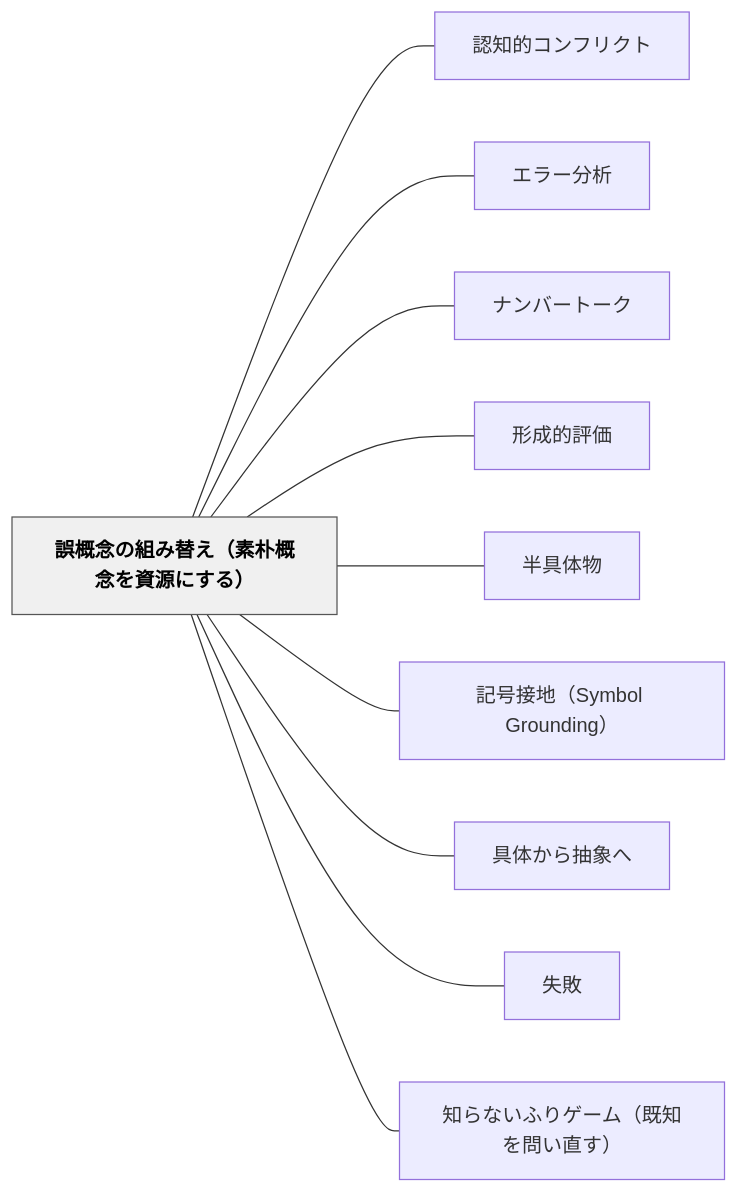
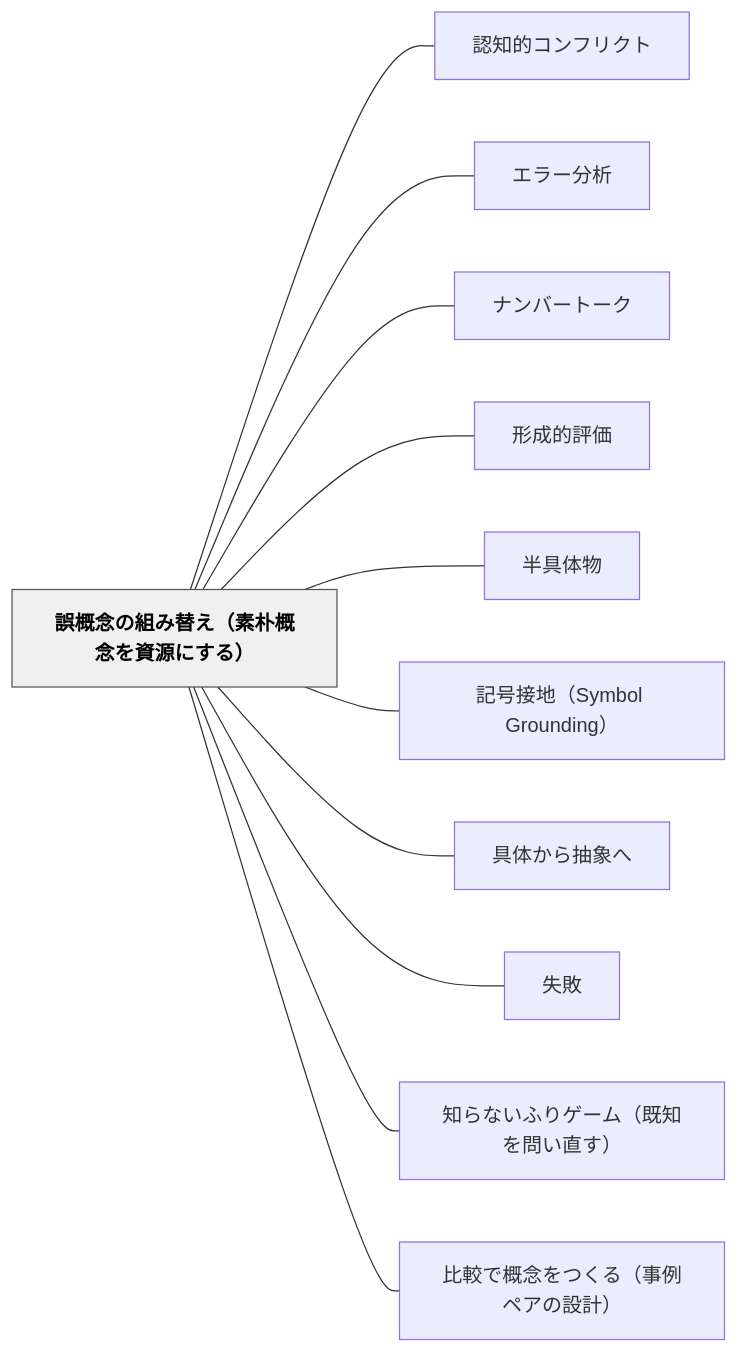
The diagram in content/パタン/誤概念の組み替え（素朴概念を資源にする）.md (unknownthings-ed-patterns/unknownthings-ed-patterns), drawn with Mermaid before and after one commit. The commit also changed other lines of this file and 2 other files, not shown here.

Commit message:
auto: Obsidianから同期 2026-06-13 03:12

````diff
--- a/content/パタン/誤概念の組み替え（素朴概念を資源にする）.md
+++ b/content/パタン/誤概念の組み替え（素朴概念を資源にする）.md
@@ -133,26 +134,28 @@
 ```mermaid
 flowchart LR
     ne8aaa4e6a682e5bfb5e381aee7b584e381bfe69bbfe38188efbc88e7b4a0e69cb4e6a682e5bfb5e38292e8b387e6ba90e381abe38199e3828befbc89["誤概念の組み替え（素朴概念を資源にする）"]
     ne8aa8de79fa5e79a84e382b3e383b3e38395e383aae382afe38388["認知的コンフリクト"]
     ne382a8e383a9e383bce58886e69e90["エラー分析"]
     ne3838ae383b3e38390e383bce38388e383bce382af["ナンバートーク"]
     ne5bda2e68890e79a84e8a995e4bea1["形成的評価"]
     ne58d8ae585b7e4bd93e789a9["半具体物"]
     ne8a898e58fb7e68ea5e59cb0efbc8853796d626f6c2047726f756e64696e67efbc89["記号接地（Symbol Grounding）"]
     ne585b7e4bd93e3818be38289e68abde8b1a1e381b8["具体から抽象へ"]
     ne5a4b1e69597["失敗"]
     ne79fa5e38289e381aae38184e381b5e3828ae382b2e383bce383a0efbc88e697a2e79fa5e38292e5958fe38184e79bb4e38199efbc89["知らないふりゲーム（既知を問い直す）"]
+    ne6af94e8bc83e381a7e6a682e5bfb5e38292e381a4e3818fe3828befbc88e4ba8be4be8be3839ae382a2e381aee8a8ade8a888efbc89["比較で概念をつくる（事例ペアの設計）"]
 
     ne8aaa4e6a682e5bfb5e381aee7b584e381bfe69bbfe38188efbc88e7b4a0e69cb4e6a682e5bfb5e38292e8b387e6ba90e381abe38199e3828befbc89 --- ne8aa8de79fa5e79a84e382b3e383b3e38395e383aae382afe38388
     ne8aaa4e6a682e5bfb5e381aee7b584e381bfe69bbfe38188efbc88e7b4a0e69cb4e6a682e5bfb5e38292e8b387e6ba90e381abe38199e3828befbc89 --- ne382a8e383a9e383bce58886e69e90
     ne8aaa4e6a682e5bfb5e381aee7b584e381bfe69bbfe38188efbc88e7b4a0e69cb4e6a682e5bfb5e38292e8b387e6ba90e381abe38199e3828befbc89 --- ne3838ae383b3e38390e383bce38388e383bce382af
     ne8aaa4e6a682e5bfb5e381aee7b584e381bfe69bbfe38188efbc88e7b4a0e69cb4e6a682e5bfb5e38292e8b387e6ba90e381abe38199e3828befbc89 --- ne5bda2e68890e79a84e8a995e4bea1
     ne8aaa4e6a682e5bfb5e381aee7b584e381bfe69bbfe38188efbc88e7b4a0e69cb4e6a682e5bfb5e38292e8b387e6ba90e381abe38199e3828befbc89 --- ne58d8ae585b7e4bd93e789a9
     ne8aaa4e6a682e5bfb5e381aee7b584e381bfe69bbfe38188efbc88e7b4a0e69cb4e6a682e5bfb5e38292e8b387e6ba90e381abe38199e3828befbc89 --- ne8a898e58fb7e68ea5e59cb0efbc8853796d626f6c2047726f756e64696e67efbc89
     ne8aaa4e6a682e5bfb5e381aee7b584e381bfe69bbfe38188efbc88e7b4a0e69cb4e6a682e5bfb5e38292e8b387e6ba90e381abe38199e3828befbc89 --- ne585b7e4bd93e3818be38289e68abde8b1a1e381b8
     ne8aaa4e6a682e5bfb5e381aee7b584e381bfe69bbfe38188efbc88e7b4a0e69cb4e6a682e5bfb5e38292e8b387e6ba90e381abe38199e3828befbc89 --- ne5a4b1e69597
     ne8aaa4e6a682e5bfb5e381aee7b584e381bfe69bbfe38188efbc88e7b4a0e69cb4e6a682e5bfb5e38292e8b387e6ba90e381abe38199e3828befbc89 --- ne79fa5e38289e381aae38184e381b5e3828ae382b2e383bce383a0efbc88e697a2e79fa5e38292e5958fe38184e79bb4e38199efbc89
+    ne8aaa4e6a682e5bfb5e381aee7b584e381bfe69bbfe38188efbc88e7b4a0e69cb4e6a682e5bfb5e38292e8b387e6ba90e381abe38199e3828befbc89 --- ne6af94e8bc83e381a7e6a682e5bfb5e38292e381a4e3818fe3828befbc88e4ba8be4be8be3839ae382a2e381aee8a8ade8a888efbc89
 
     classDef hub fill:#f0f0f0,stroke:#555,color:#000,font-weight:bold
     class ne8aaa4e6a682e5bfb5e381aee7b584e381bfe69bbfe38188efbc88e7b4a0e69cb4e6a682e5bfb5e38292e8b387e6ba90e381abe38199e3828befbc89 hub
 ```
````
